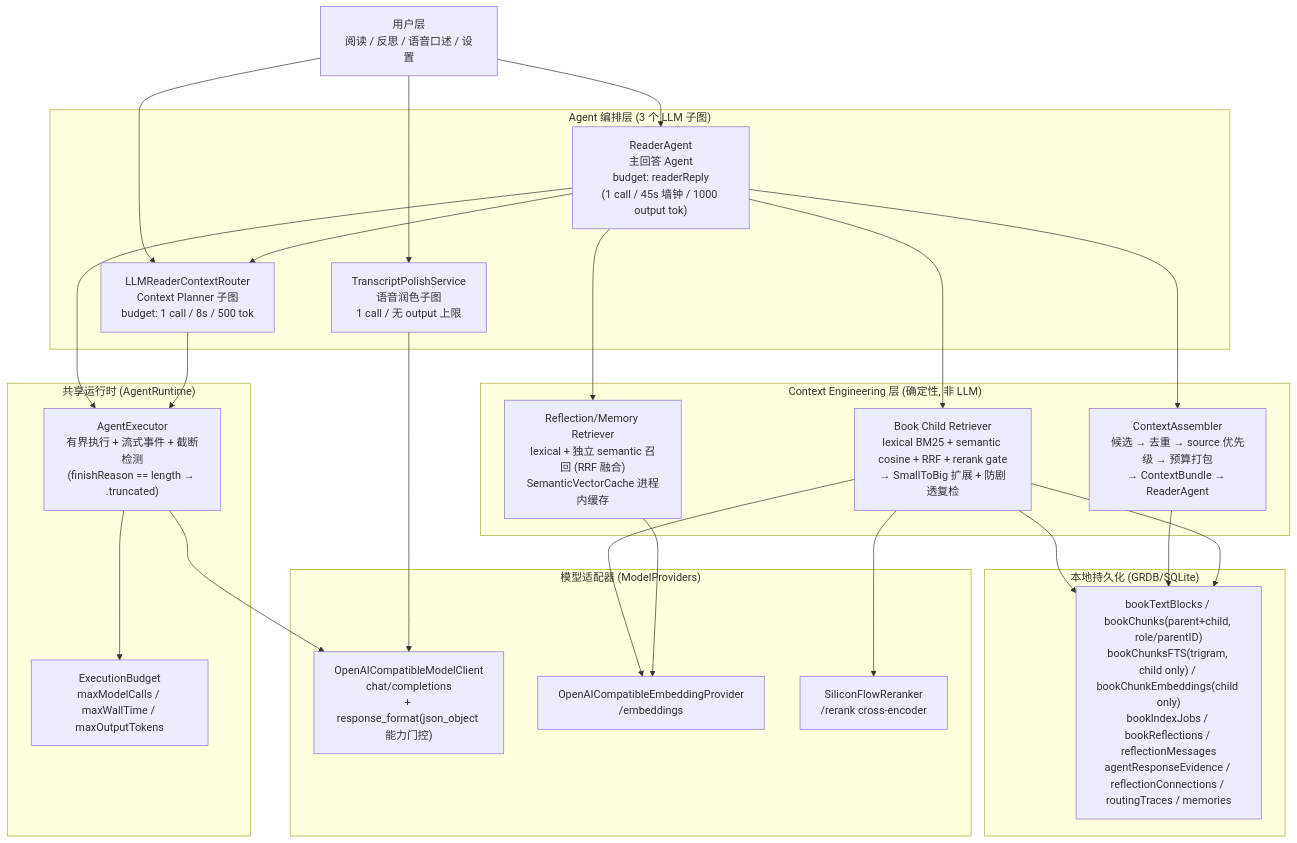
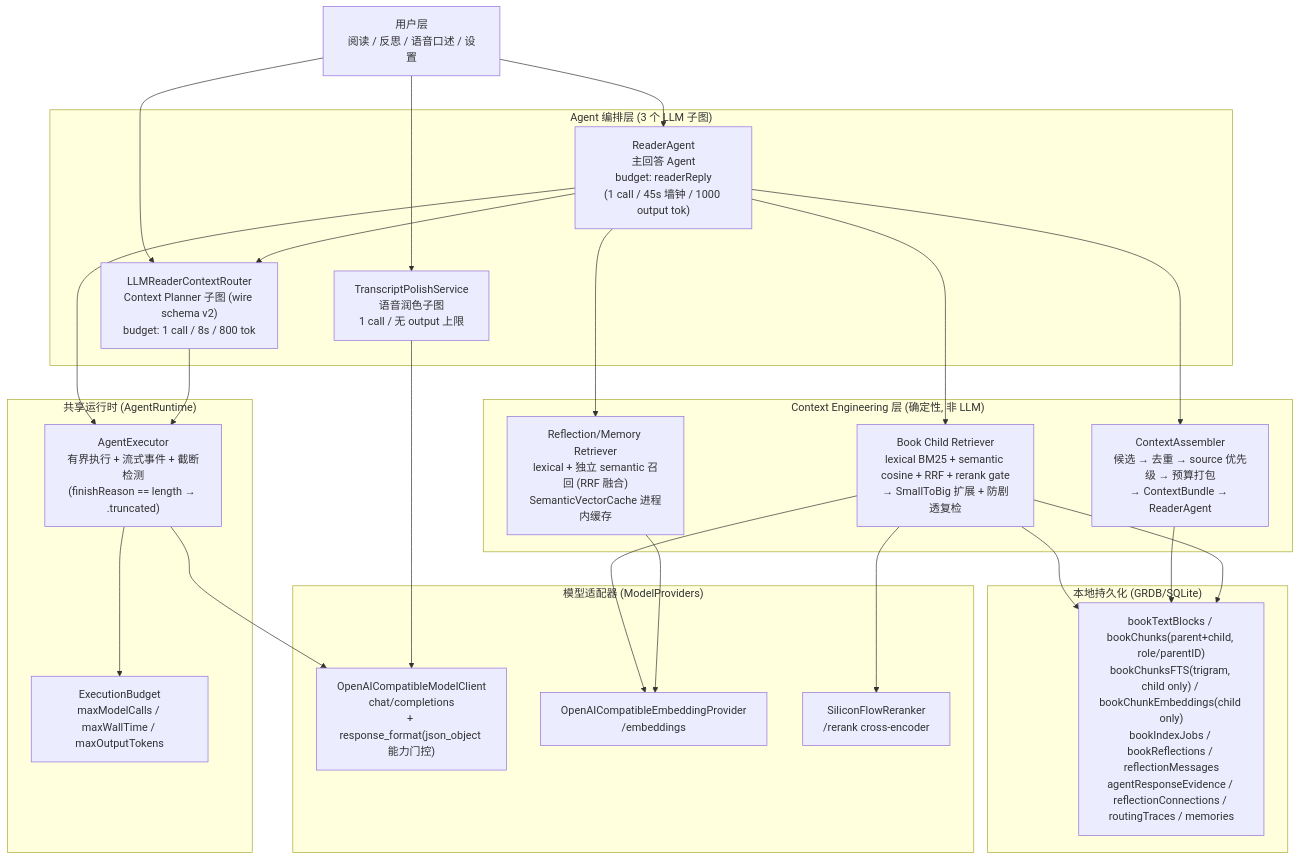
One commit to freecodetiger/Elsepage changed the first of 5 diagrams in ARCHITECTURE.md. Above: the diagram before and after it, drawn with Mermaid. The commit also changed other lines of this file and 17 other files, not shown here.

First line of the commit message:
refactor(routing): planner protocol v2 — LLM 决定语义意图,代码编译执行策略

````diff
--- a/ARCHITECTURE.md
+++ b/ARCHITECTURE.md
@@ -11,53 +11,53 @@
 ```mermaid
 flowchart TD
     UI["用户层<br/>阅读 / 反思 / 语音口述 / 设置"]
 
     subgraph AGENTS["Agent 编排层 (3 个 LLM 子图)"]
         RA["ReaderAgent<br/>主回答 Agent<br/>budget: readerReply<br/>(1 call / 45s 墙钟 / 1000 output tok)"]
-        ROUTER["LLMReaderContextRouter<br/>Context Planner 子图<br/>budget: 1 call / 8s / 500 tok"]
+        ROUTER["LLMReaderContextRouter<br/>Context Planner 子图 (wire schema v2)<br/>budget: 1 call / 8s / 800 tok"]
         POLISH["TranscriptPolishService<br/>语音润色子图<br/>1 call / 无 output 上限"]
     end
 
     subgraph CTX["Context Engineering 层 (确定性, 非 LLM)"]
         RET["Book Child Retriever<br/>lexical BM25 + semantic cosine + RRF + rerank gate<br/>→ SmallToBig 扩展 + 防剧透复检"]
         HYB["Reflection/Memory Retriever<br/>lexical + 独立 semantic 召回 (RRF 融合)<br/>SemanticVectorCache 进程内缓存"]
         ASM["ContextAssembler<br/>候选 → 去重 → source 优先级 → 预算打包<br/>→ ContextBundle → ReaderAgent"]
     end
 
     subgraph RUNTIME["共享运行时 (AgentRuntime)"]
         EXEC["AgentExecutor<br/>有界执行 + 流式事件 + 截断检测<br/>(finishReason == length → .truncated)"]
         BUDGET["ExecutionBudget<br/>maxModelCalls / maxWallTime / maxOutputTokens"]
     end
 
     subgraph PROV["模型适配器 (ModelProviders)"]
         CHAT["OpenAICompatibleModelClient<br/>chat/completions<br/>+ response_format(json_object 能力门控)"]
         EMB["OpenAICompatibleEmbeddingProvider<br/>/embeddings"]
         RERANK["SiliconFlowReranker<br/>/rerank cross-encoder"]
     end
 
     subgraph DB["本地持久化 (GRDB/SQLite)"]
         PERS["bookTextBlocks / bookChunks(parent+child, role/parentID)<br/>bookChunksFTS(trigram, child only) / bookChunkEmbeddings(child only)<br/>bookIndexJobs / bookReflections / reflectionMessages<br/>agentResponseEvidence / reflectionConnections / routingTraces / memories"]
     end
 
     UI --> RA
     UI --> POLISH
     UI --> ROUTER
 
     RA --> ROUTER
     RA --> RET
     RA --> HYB
     RA --> ASM
     RA --> EXEC
     ROUTER --> EXEC
     POLISH --> CHAT
 
     EXEC --> BUDGET
     EXEC --> CHAT
 
     RET --> EMB
     RET --> RERANK
     RET --> PERS
     HYB --> EMB
     ASM --> PERS
     RET --> PERS
 ```
````
